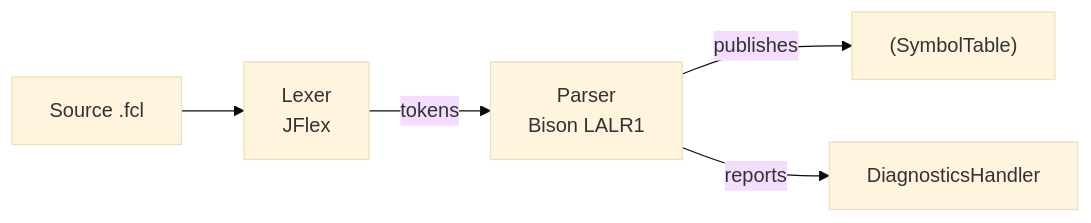
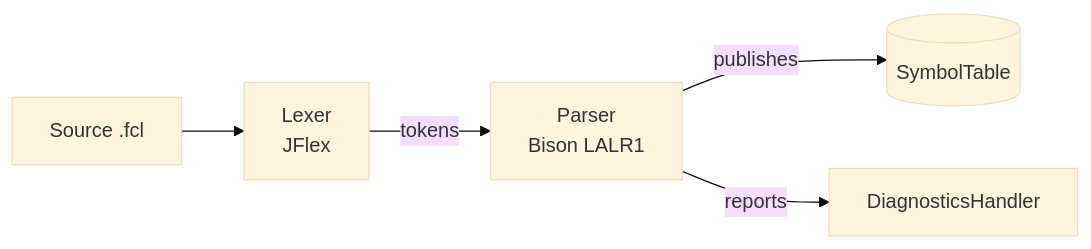
One commit to PascalUser/FLC-IEC61131-7 changed the diagram in README.md. Above: the diagram before and after it, drawn with Mermaid (base theme). The commit also changed other lines of this file and 62 other files, not shown here.

````diff
--- a/README.md
+++ b/README.md
@@ -54,7 +54,7 @@
 ```mermaid
 flowchart LR
     SRC[Source .fcl] --> LEX[Lexer\nJFlex]
     LEX -- tokens --> PAR[Parser\nBison LALR1]
-    PAR -- publishes --> ST["(SymbolTable)"]
+    PAR -- publishes --> ST[(SymbolTable)]
     PAR -- reports --> DIAG[DiagnosticsHandler]
 ```
````
